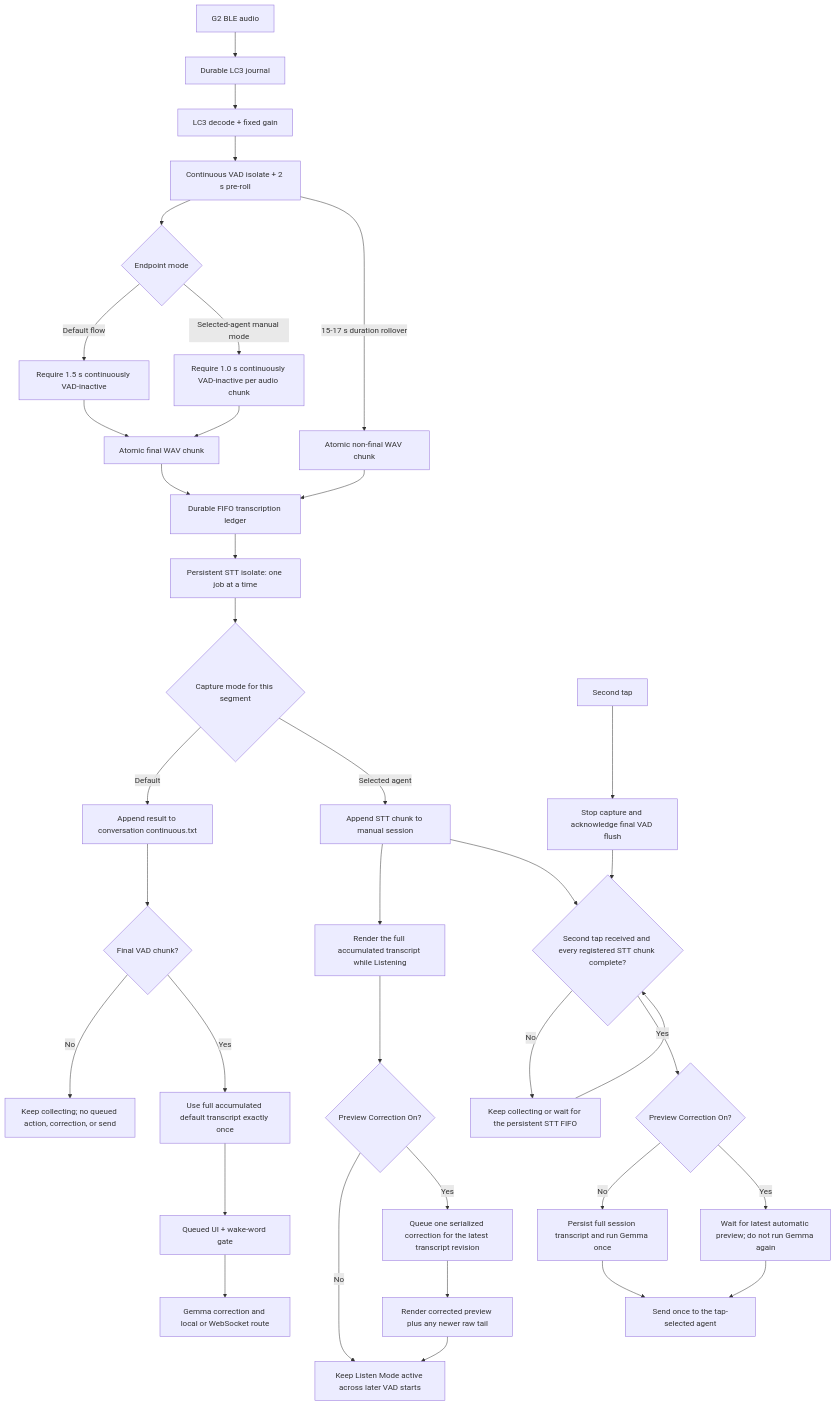
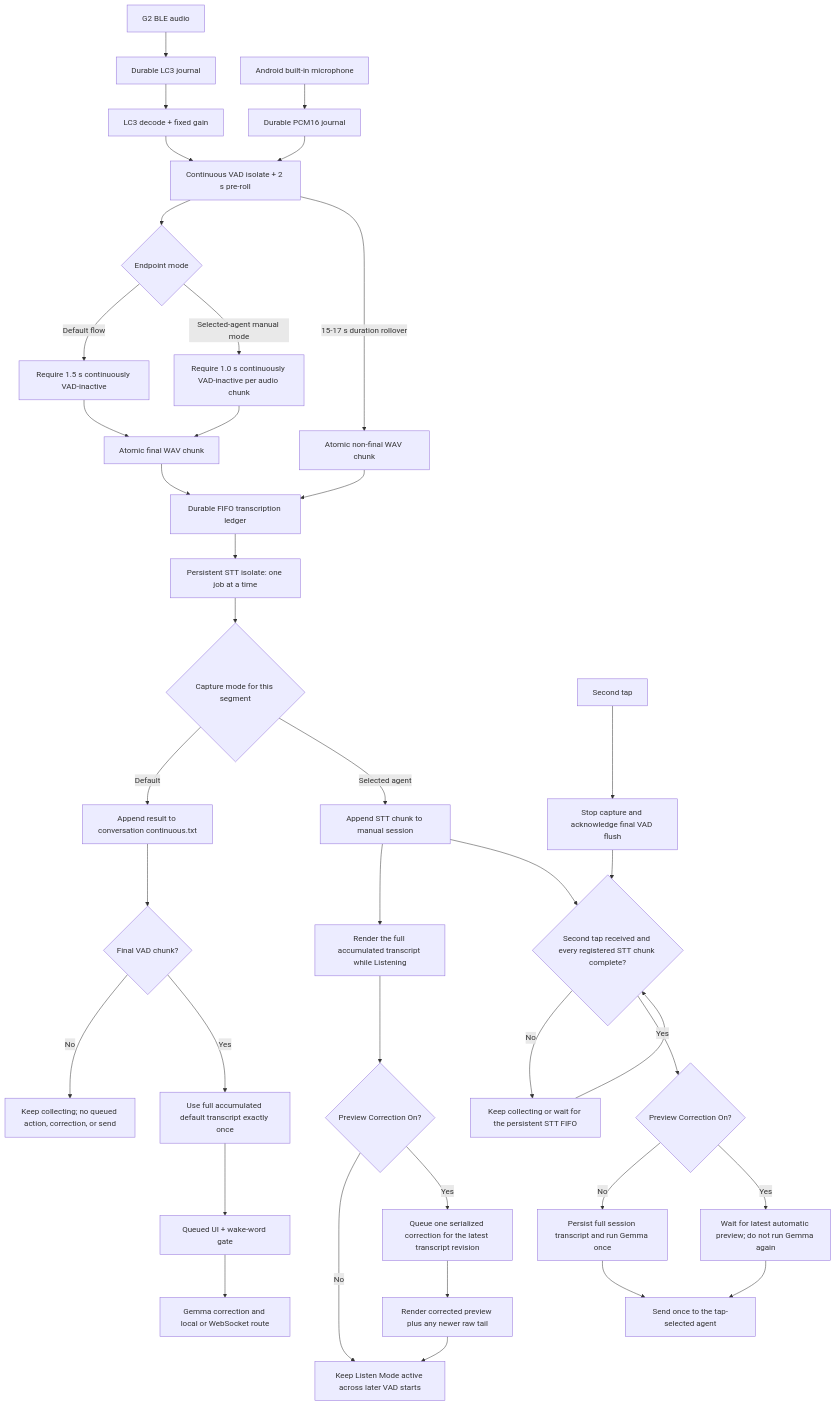
Before and after one commit to aaronrau/workbench: the diagram in docs/LOCAL_AUDIO_PIPELINE.md, drawn with Mermaid. The commit also changed other lines of this file and 18 other files, not shown here.

First line of the commit message:
Add Android microphone input using the shared speech pipeline

````diff
--- a/docs/LOCAL_AUDIO_PIPELINE.md
+++ b/docs/LOCAL_AUDIO_PIPELINE.md
@@ -3,39 +3,41 @@
 ```mermaid
 flowchart TD
     A[G2 BLE audio] --> B[Durable LC3 journal]
     B --> C[LC3 decode + fixed gain]
     C --> D[Continuous VAD isolate + 2 s pre-roll]
+    PHONE[Android built-in microphone] --> PCM[Durable PCM16 journal]
+    PCM --> D
     D --> E{Endpoint mode}
     E -->|Default flow| F[Require 1.5 s continuously VAD-inactive]
     E -->|Selected-agent manual mode| G[Require 1.0 s continuously VAD-inactive per audio chunk]
     D -->|15-17 s duration rollover| H[Atomic non-final WAV chunk]
     F --> I[Atomic final WAV chunk]
     G --> I
     H --> J[Durable FIFO transcription ledger]
     I --> J
     J --> K[Persistent STT isolate: one job at a time]
     K --> L{Capture mode for this segment}
     L -->|Default| M[Append result to conversation continuous.txt]
     M --> N{Final VAD chunk?}
     N -->|No| O[Keep collecting; no queued action, correction, or send]
     N -->|Yes| P[Use full accumulated default transcript exactly once]
     P --> Q[Queued UI + wake-word gate]
     Q --> R[Gemma correction and local or WebSocket route]
     L -->|Selected agent| S[Append STT chunk to manual session]
     S --> T[Render the full accumulated transcript while Listening]
     T --> PC{Preview Correction On?}
     PC -->|No| U[Keep Listen Mode active across later VAD starts]
     PC -->|Yes| PV[Queue one serialized correction for the latest transcript revision]
     PV --> PR[Render corrected preview plus any newer raw tail]
     PR --> U
     V[Second tap] --> W[Stop capture and acknowledge final VAD flush]
     W --> X{Second tap received and every registered STT chunk complete?}
     S --> X
     X -->|No| Y[Keep collecting or wait for the persistent STT FIFO]
     Y --> X
     X -->|Yes| PM{Preview Correction On?}
     PM -->|No| Z[Persist full session transcript and run Gemma once]
     PM -->|Yes| PW[Wait for latest automatic preview; do not run Gemma again]
     Z --> AA[Send once to the tap-selected agent]
     PW --> AA
 ```
````
